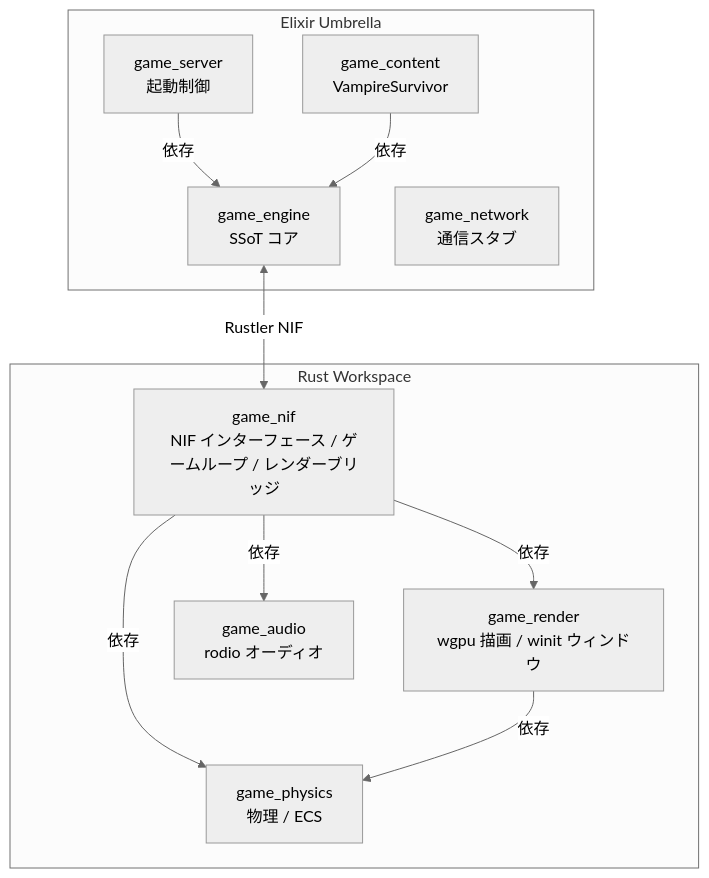
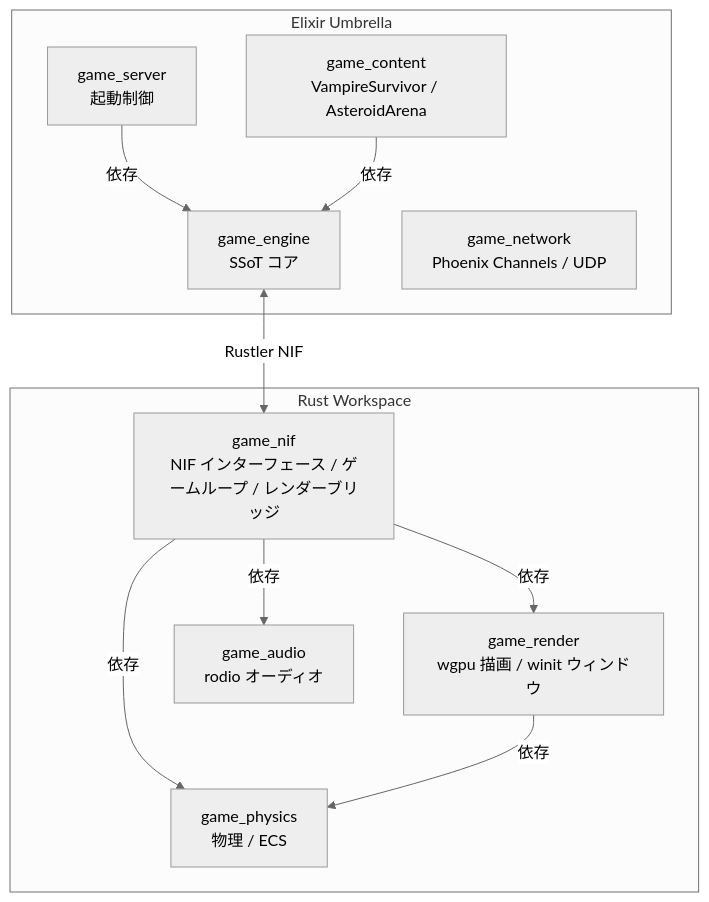
The first of 4 diagrams in docs/architecture-overview.md (FRICK-ELDY/alchemy-engine), drawn with Mermaid (neutral theme) before and after one commit. The commit also changed other lines of this file and 4 other files, not shown here.

````diff
--- a/docs/architecture-overview.md
+++ b/docs/architecture-overview.md
@@ -14,24 +14,24 @@
 ```mermaid
 graph TB
     subgraph Elixir["Elixir Umbrella"]
         GS[game_server<br/>起動制御]
         GE[game_engine<br/>SSoT コア]
-        GC[game_content<br/>VampireSurvivor]
-        GN[game_network<br/>通信スタブ]
+        GC[game_content<br/>VampireSurvivor / AsteroidArena]
+        GN[game_network<br/>Phoenix Channels / UDP]
         GS -->|依存| GE
         GC -->|依存| GE
     end
 
     GE <-->|Rustler NIF| GNIF
 
     subgraph Rust["Rust Workspace"]
         GNIF[game_nif<br/>NIF インターフェース / ゲームループ / レンダーブリッジ]
         GSIM[game_physics<br/>物理 / ECS]
         GRENDER[game_render<br/>wgpu 描画 / winit ウィンドウ]
         GAUDIO[game_audio<br/>rodio オーディオ]
         GNIF -->|依存| GSIM
         GNIF -->|依存| GRENDER
         GNIF -->|依存| GAUDIO
         GRENDER -->|依存| GSIM
     end
 ```
````
